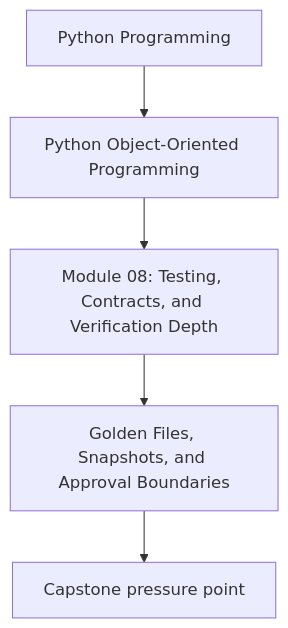
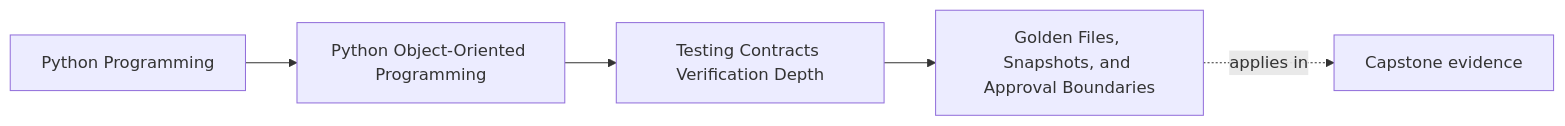
One commit to bijux/bijux-masterclass changed the first of 2 diagrams in programs/python-programming/python-object-oriented-programming/course-book/module-08-testing-contracts-verification-depth/golden-files-snapshots-and-approval-boundaries.md. Above: the diagram before and after it, drawn with Mermaid. The commit also changed other lines of this file and 103 other files, not shown here.

Commit message:
docs(python-object-oriented-programming): map sustainment and capstone surfaces

````diff
--- a/programs/python-programming/python-object-oriented-programming/course-book/module-08-testing-contracts-verification-depth/golden-files-snapshots-and-approval-boundaries.md
+++ b/programs/python-programming/python-object-oriented-programming/course-book/module-08-testing-contracts-verification-depth/golden-files-snapshots-and-approval-boundaries.md
@@ -7,7 +7,11 @@
 ```mermaid
-flowchart TD
-  family["Python Programming"] --> program["Python Object-Oriented Programming"]
-  program --> module["Module 08: Testing, Contracts, and Verification Depth"]
-  module --> concept["Golden Files, Snapshots, and Approval Boundaries"]
-  concept --> capstone["Capstone pressure point"]
+graph LR
+  family["Python Programming"]
+  program["Python Object-Oriented Programming"]
+  section["Testing Contracts Verification Depth"]
+  page["Golden Files, Snapshots, and Approval Boundaries"]
+  capstone["Capstone evidence"]
+
+  family --> program --> section --> page
+  page -.applies in.-> capstone
 ```
````
